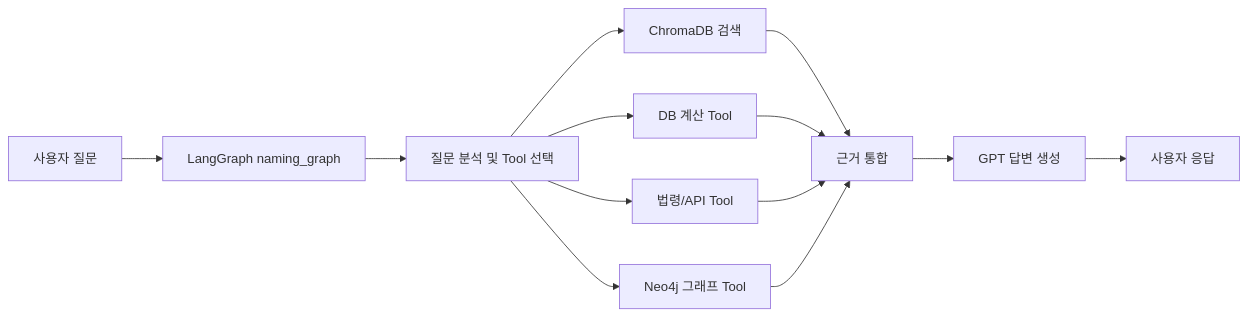
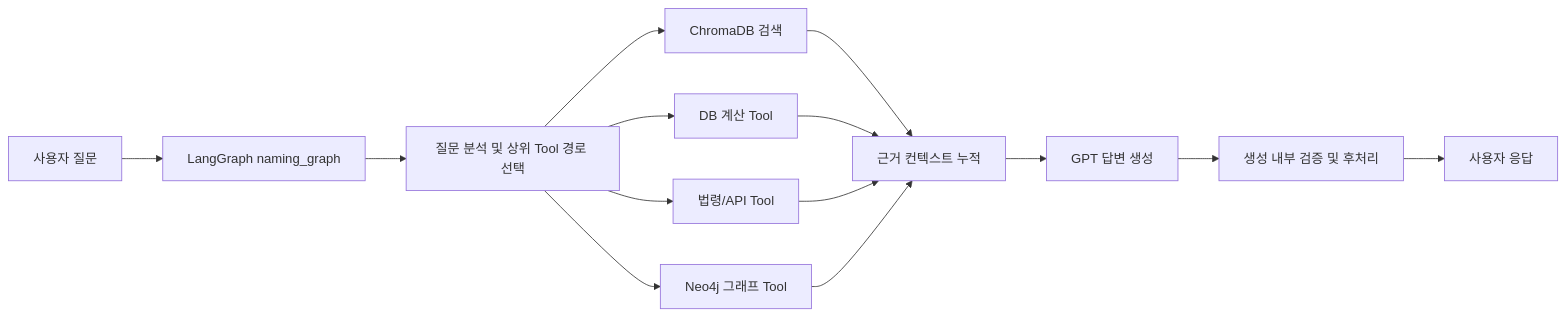
Before and after one commit to Somber-7/SKN29-3rd-4Team: the first of 3 diagrams in docs/기획/프로젝트_결과.md, drawn with Mermaid. The commit also changed other lines of this file, not shown here.

````diff
--- a/docs/기획/프로젝트_결과.md
+++ b/docs/기획/프로젝트_결과.md
@@ -57,15 +177,16 @@
 ```mermaid
 flowchart LR
     A["사용자 질문"] --> B["LangGraph naming_graph"]
-    B --> C["질문 분석 및 Tool 선택"]
+    B --> C["질문 분석 및 상위 Tool 경로 선택"]
     C --> D["ChromaDB 검색"]
     C --> E["DB 계산 Tool"]
     C --> F["법령/API Tool"]
     C --> G["Neo4j 그래프 Tool"]
-    D --> H["근거 통합"]
+    D --> H["근거 컨텍스트 누적"]
     E --> H
     F --> H
     G --> H
     H --> I["GPT 답변 생성"]
-    I --> J["사용자 응답"]
+    I --> J["생성 내부 검증 및 후처리"]
+    J --> K["사용자 응답"]
 ```
````
